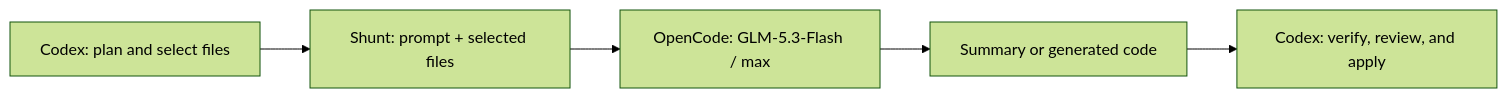
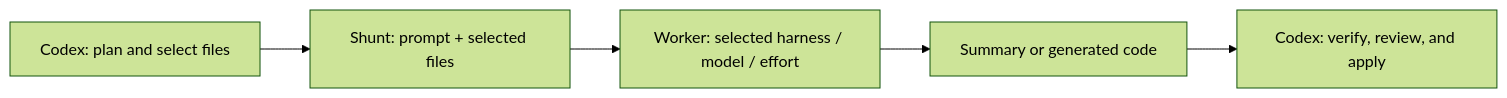
Before and after one commit to JustasMonkev/portal-ai-plugins: the diagram in plugins/shunt/README.md, drawn with Mermaid (forest theme). The commit also changed other lines of this file and 11 other files, not shown here.

Commit message:
feat(shunt): configure worker harness model and reasoning effort

````diff
--- a/plugins/shunt/README.md
+++ b/plugins/shunt/README.md
@@ -61,7 +137,7 @@
 ```mermaid
 flowchart LR
     A["Codex: plan and select files"] --> B["Shunt: prompt + selected files"]
-    B --> C["OpenCode: GLM-5.3-Flash / max"]
+    B --> C["Worker: selected harness / model / effort"]
     C --> D["Summary or generated code"]
     D --> E["Codex: verify, review, and apply"]
 ```
````
